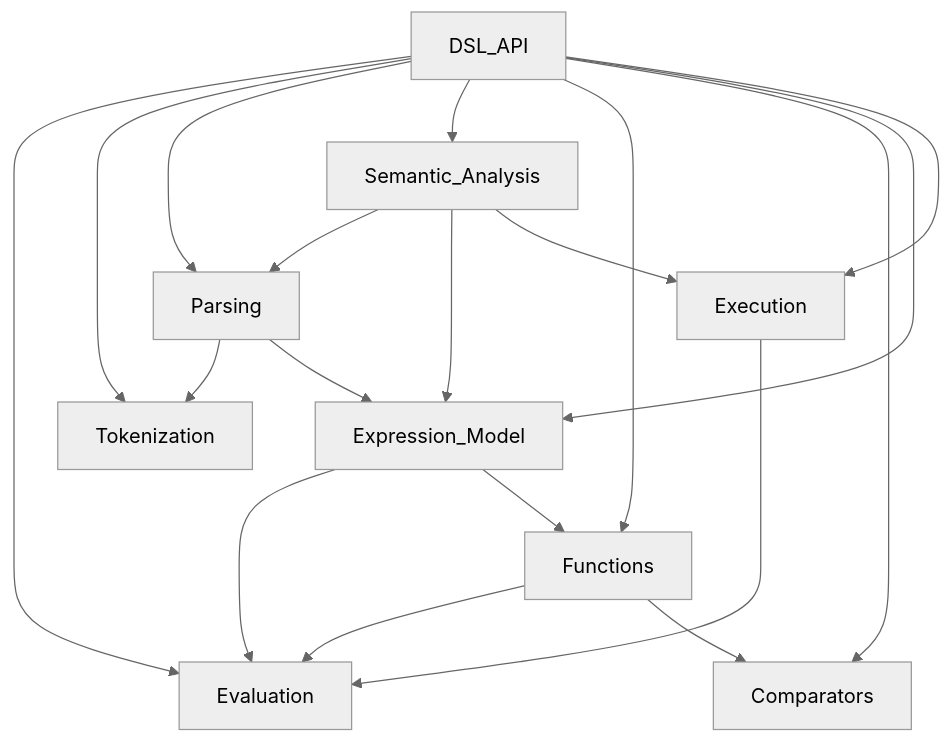
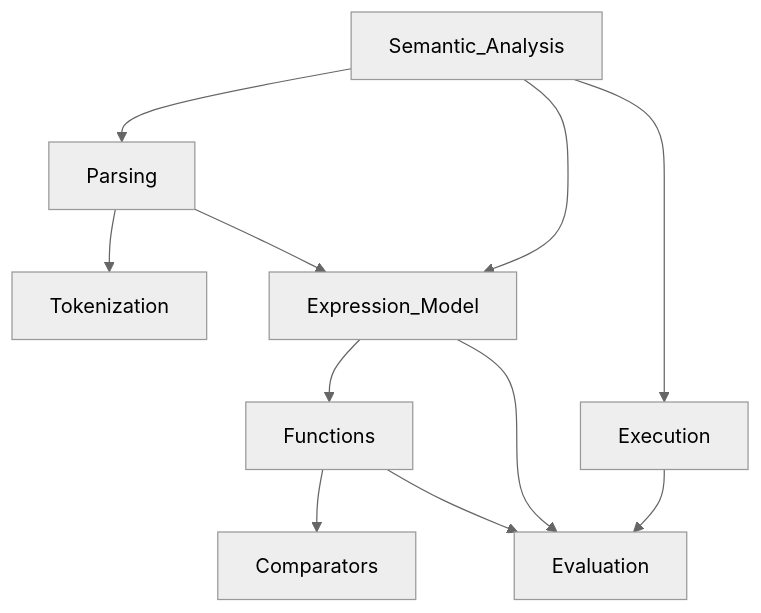
The diagram in INTERNAL-DEPENDENCIES.md (flarebyte/boolean_rhapsody), drawn with Mermaid (neutral theme) before and after one commit.

Commit message:
Remove entry point from diagram

````diff
--- a/INTERNAL-DEPENDENCIES.md
+++ b/INTERNAL-DEPENDENCIES.md
@@ -5,29 +5,21 @@
 ```mermaid
   graph TD
-  DSL_API --> Evaluation
-  DSL_API --> Tokenization
-  DSL_API --> Parsing
-  DSL_API --> Semantic_Analysis
-  DSL_API --> Functions
-  DSL_API --> Comparators
-  DSL_API --> Expression_Model
-  DSL_API --> Execution
   
   Parsing --> Tokenization
   Parsing --> Expression_Model
 
   Semantic_Analysis --> Parsing
   Semantic_Analysis --> Expression_Model
   Semantic_Analysis --> Execution
 
   Functions --> Evaluation
   Functions --> Comparators
 
   Expression_Model --> Evaluation
   Expression_Model --> Functions
 
   Execution --> Evaluation
 
   Comparators
 
 ```
````
